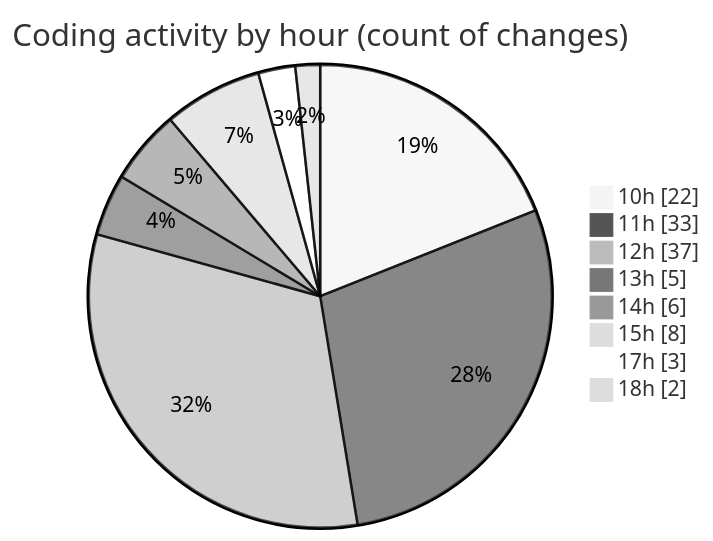
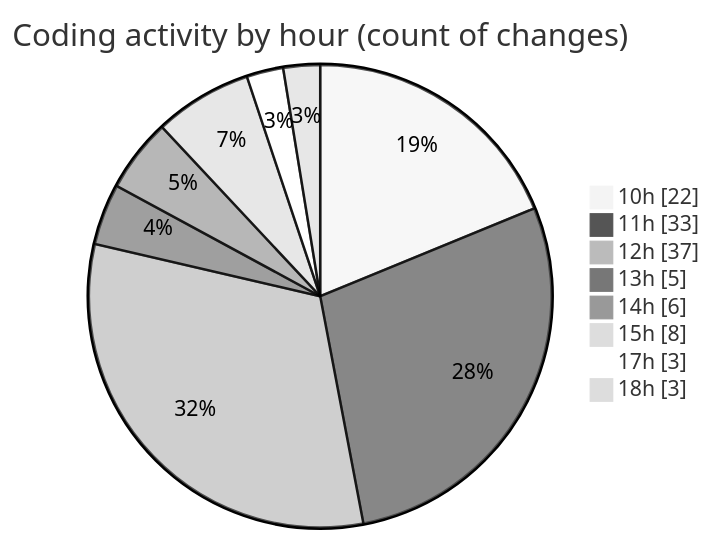
The second of 2 diagrams in 2026-02-25/cda/README.md (momahboobian/code-tracking), drawn with Mermaid (neutral theme) before and after one commit. The commit also changed other lines of this file and 1 other file, not shown here.

````diff
--- a/2026-02-25/cda/README.md
+++ b/2026-02-25/cda/README.md
@@ -43,12 +45,12 @@
 ```mermaid
 pie showData
 title Coding activity by hour (count of changes)
 "10h" : 22
 "11h" : 33
 "12h" : 37
 "13h" : 5
 "14h" : 6
 "15h" : 8
 "17h" : 3
-"18h" : 2
+"18h" : 3
 ```
````
